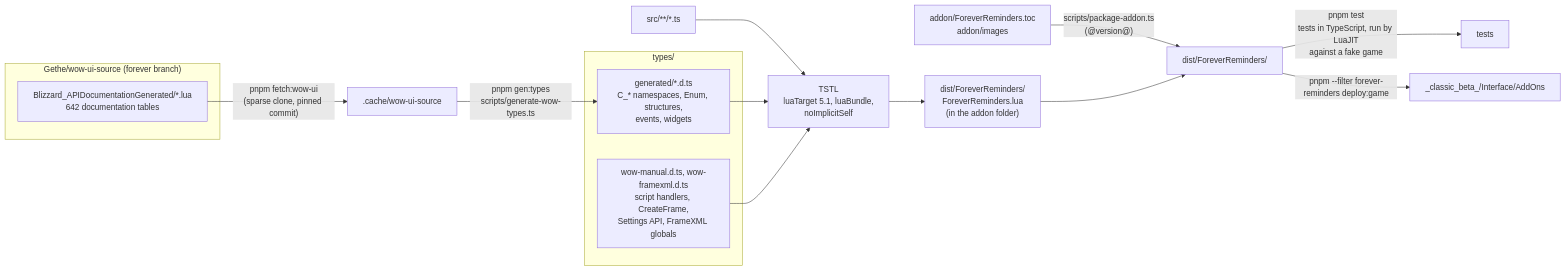
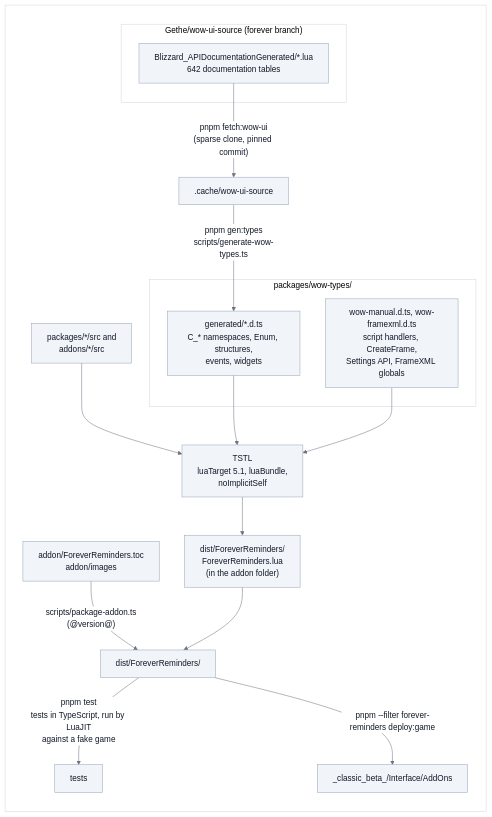
Before and after one commit to vattiss/wowkit: the first of 7 diagrams in docs/architecture.md, drawn with Mermaid. The commit also changed other lines of this file and 39 other files, not shown here.

First line of the commit message:
docs: show the design patterns in the diagrams, on a light background

````diff
--- a/docs/architecture.md
+++ b/docs/architecture.md
@@ -42,23 +42,28 @@
 ```mermaid
+%%{init: {"theme": "base", "themeVariables": {"background": "#ffffff", "lineColor": "#6b7280", "textColor": "#111827", "primaryColor": "#f1f5f9", "primaryTextColor": "#111827", "primaryBorderColor": "#94a3b8", "secondaryColor": "#e2e8f0", "tertiaryColor": "#ffffff", "edgeLabelBackground": "#ffffff", "clusterBkg": "#ffffff", "clusterBorder": "#d1d5db", "actorBkg": "#f1f5f9", "actorTextColor": "#111827", "actorBorder": "#94a3b8", "actorLineColor": "#6b7280", "signalColor": "#374151", "signalTextColor": "#111827", "noteBkgColor": "#fef9c3", "noteTextColor": "#111827"}}}%%
 flowchart LR
-    subgraph upstream["Gethe/wow-ui-source (forever branch)"]
-        docs["Blizzard_APIDocumentationGenerated/*.lua<br/>642 documentation tables"]
+    subgraph PANEL[" "]
+        subgraph upstream["Gethe/wow-ui-source (forever branch)"]
+            docs["Blizzard_APIDocumentationGenerated/*.lua<br/>642 documentation tables"]
+        end
+
+        subgraph typings["packages/wow-types/"]
+            generated["generated/*.d.ts<br/>C_* namespaces, Enum, structures,<br/>events, widgets"]
+            manual["wow-manual.d.ts, wow-framexml.d.ts<br/>script handlers, CreateFrame,<br/>Settings API, FrameXML globals"]
+        end
+
+        docs -- "pnpm fetch:wow-ui<br/>(sparse clone, pinned commit)" --> cache[".cache/wow-ui-source"]
+        cache -- "pnpm gen:types<br/>scripts/generate-wow-types.ts" --> generated
+
+        src["packages/*/src and<br/>addons/*/src"] --> tstl["TSTL<br/>luaTarget 5.1, luaBundle,<br/>noImplicitSelf"]
+        generated --> tstl
+        manual --> tstl
+        tstl --> lua["dist/ForeverReminders/<br/>ForeverReminders.lua<br/>(in the addon folder)"]
+        toc["addon/ForeverReminders.toc<br/>addon/images"] -- "scripts/package-addon.ts<br/>(@version@)" --> dist["dist/ForeverReminders/"]
+        lua --> dist
+        dist -- "pnpm test<br/>tests in TypeScript, run by LuaJIT<br/>against a fake game" --> smoke["tests"]
+        dist -- "pnpm --filter forever-reminders deploy:game" --> game["_classic_beta_/Interface/AddOns"]
     end
-
-    subgraph typings["types/"]
-        generated["generated/*.d.ts<br/>C_* namespaces, Enum, structures,<br/>events, widgets"]
-        manual["wow-manual.d.ts, wow-framexml.d.ts<br/>script handlers, CreateFrame,<br/>Settings API, FrameXML globals"]
-    end
-
-    docs -- "pnpm fetch:wow-ui<br/>(sparse clone, pinned commit)" --> cache[".cache/wow-ui-source"]
-    cache -- "pnpm gen:types<br/>scripts/generate-wow-types.ts" --> generated
-
-    src["src/**/*.ts"] --> tstl["TSTL<br/>luaTarget 5.1, luaBundle,<br/>noImplicitSelf"]
-    generated --> tstl
-    manual --> tstl
-    tstl --> lua["dist/ForeverReminders/<br/>ForeverReminders.lua<br/>(in the addon folder)"]
-    toc["addon/ForeverReminders.toc<br/>addon/images"] -- "scripts/package-addon.ts<br/>(@version@)" --> dist["dist/ForeverReminders/"]
-    lua --> dist
-    dist -- "pnpm test<br/>tests in TypeScript, run by LuaJIT<br/>against a fake game" --> smoke["tests"]
-    dist -- "pnpm --filter forever-reminders deploy:game" --> game["_classic_beta_/Interface/AddOns"]
+    classDef panel fill:#ffffff,stroke:#d1d5db,color:#111827
+    class PANEL panel
 ```
````
